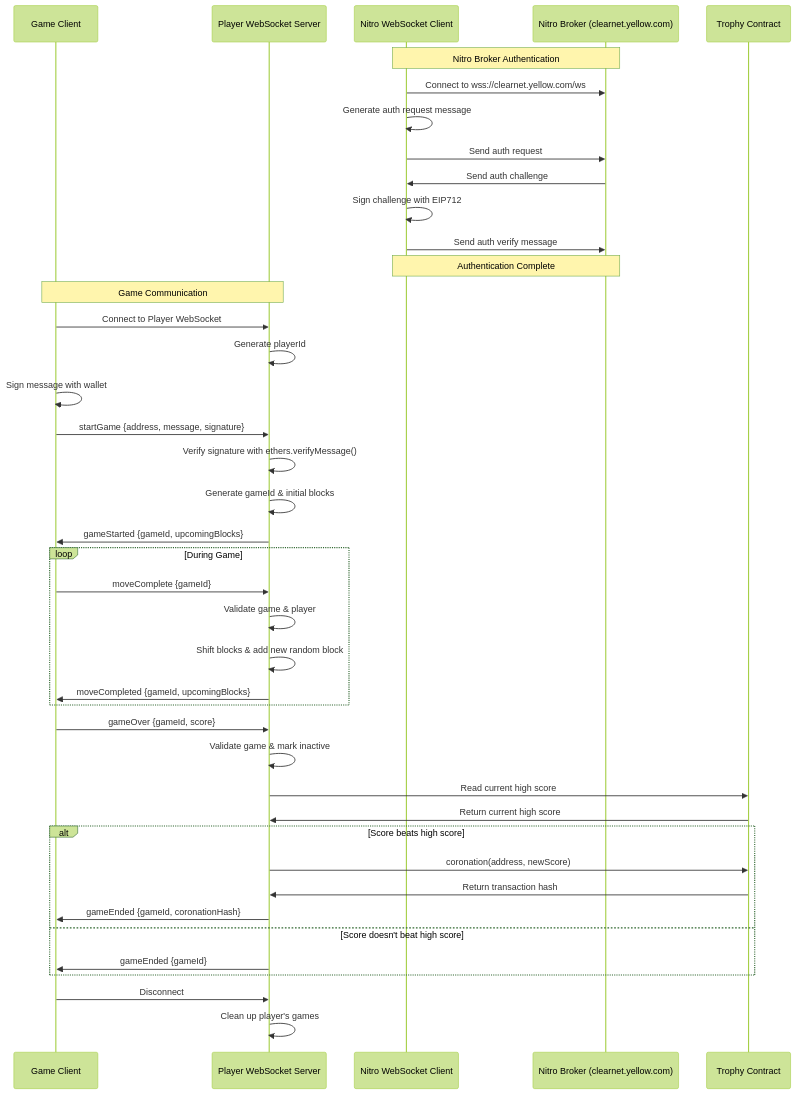
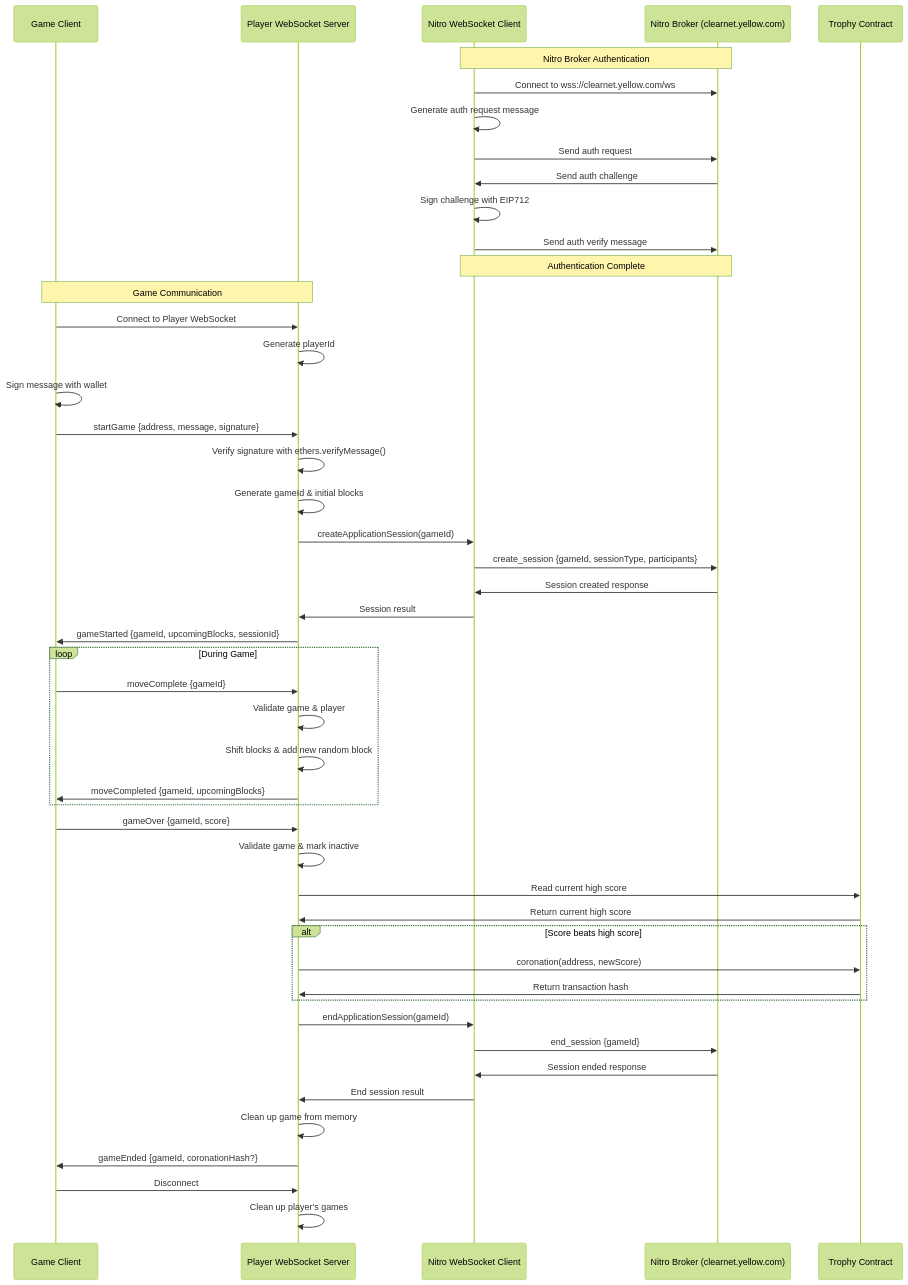
The diagram in README.md (hooperben/yetris), drawn with Mermaid (forest theme) before and after one commit.

````diff
--- a/README.md
+++ b/README.md
@@ -23,56 +23,64 @@
 ```mermaid
 sequenceDiagram
     participant Client as Game Client
     participant PlayerWS as Player WebSocket Server
     participant NitroWS as Nitro WebSocket Client
     participant Broker as Nitro Broker (clearnet.yellow.com)
     participant Contract as Trophy Contract
 
     %% Nitro Authentication Flow
     Note over NitroWS, Broker: Nitro Broker Authentication
     NitroWS->>Broker: Connect to wss://clearnet.yellow.com/ws
     NitroWS->>NitroWS: Generate auth request message
     NitroWS->>Broker: Send auth request
     Broker->>NitroWS: Send auth challenge
     NitroWS->>NitroWS: Sign challenge with EIP712
     NitroWS->>Broker: Send auth verify message
     Note over NitroWS, Broker: Authentication Complete
 
     %% Player Game Flow
     Note over Client, PlayerWS: Game Communication
     Client->>PlayerWS: Connect to Player WebSocket
     PlayerWS->>PlayerWS: Generate playerId
     
-    %% Start Game
+    %% Start Game with Session Creation
     Client->>Client: Sign message with wallet
     Client->>PlayerWS: startGame {address, message, signature}
     PlayerWS->>PlayerWS: Verify signature with ethers.verifyMessage()
     PlayerWS->>PlayerWS: Generate gameId & initial blocks
-    PlayerWS->>Client: gameStarted {gameId, upcomingBlocks}
+    PlayerWS->>NitroWS: createApplicationSession(gameId)
+    NitroWS->>Broker: create_session {gameId, sessionType, participants}
+    Broker->>NitroWS: Session created response
+    NitroWS->>PlayerWS: Session result
+    PlayerWS->>Client: gameStarted {gameId, upcomingBlocks, sessionId}
     
     %% Game Loop
     loop During Game
         Client->>PlayerWS: moveComplete {gameId}
         PlayerWS->>PlayerWS: Validate game & player
         PlayerWS->>PlayerWS: Shift blocks & add new random block
         PlayerWS->>Client: moveCompleted {gameId, upcomingBlocks}
     end
     
-    %% Game Over
+    %% Game Over with Session Termination
     Client->>PlayerWS: gameOver {gameId, score}
     PlayerWS->>PlayerWS: Validate game & mark inactive
     PlayerWS->>Contract: Read current high score
     Contract->>PlayerWS: Return current high score
     
     alt Score beats high score
         PlayerWS->>Contract: coronation(address, newScore)
         Contract->>PlayerWS: Return transaction hash
-        PlayerWS->>Client: gameEnded {gameId, coronationHash}
-    else Score doesn't beat high score
-        PlayerWS->>Client: gameEnded {gameId}
     end
+    
+    PlayerWS->>NitroWS: endApplicationSession(gameId)
+    NitroWS->>Broker: end_session {gameId}
+    Broker->>NitroWS: Session ended response
+    NitroWS->>PlayerWS: End session result
+    PlayerWS->>PlayerWS: Clean up game from memory
+    PlayerWS->>Client: gameEnded {gameId, coronationHash?}
     
     %% Cleanup
     Client->>PlayerWS: Disconnect
     PlayerWS->>PlayerWS: Clean up player's games
 ```
````
